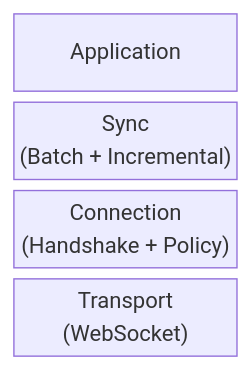
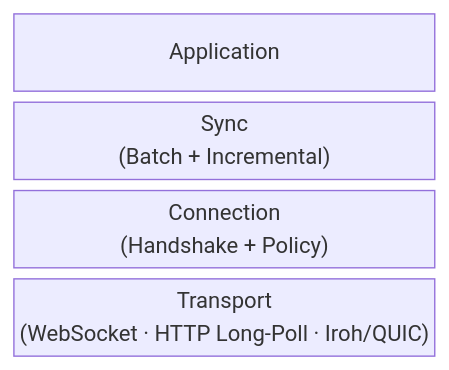
One commit to inkandswitch/subduction changed the first of 2 diagrams in design/README.md. Above: the diagram before and after it, drawn with Mermaid. The commit also changed 41 other files, not shown here.

Commit message:
Iroh transport (#63)

````diff
--- a/design/README.md
+++ b/design/README.md
@@ -18,8 +18,8 @@
 ```mermaid
 block-beta
     columns 1
     Application
     Sync["Sync<br/>(Batch + Incremental)"]
     Connection["Connection<br/>(Handshake + Policy)"]
-    Transport["Transport<br/>(WebSocket)"]
+    Transport["Transport<br/>(WebSocket · HTTP Long-Poll · Iroh/QUIC)"]
 ```
````
